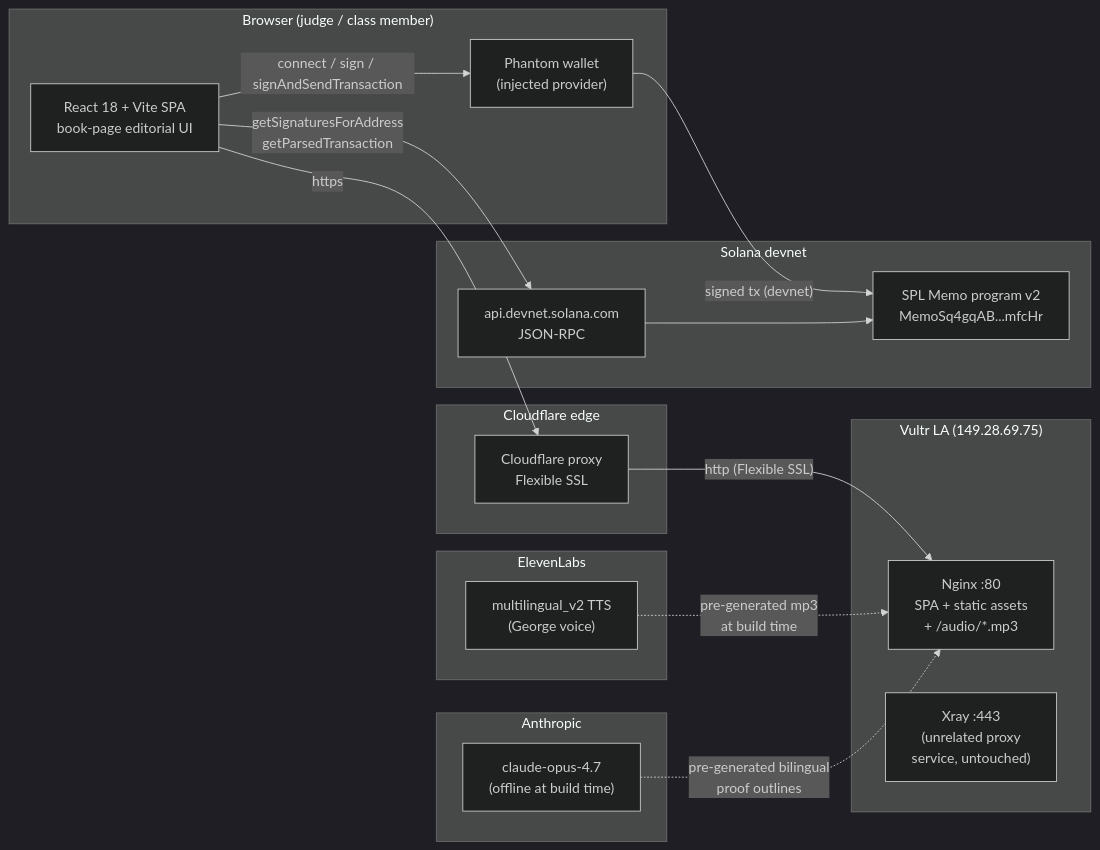
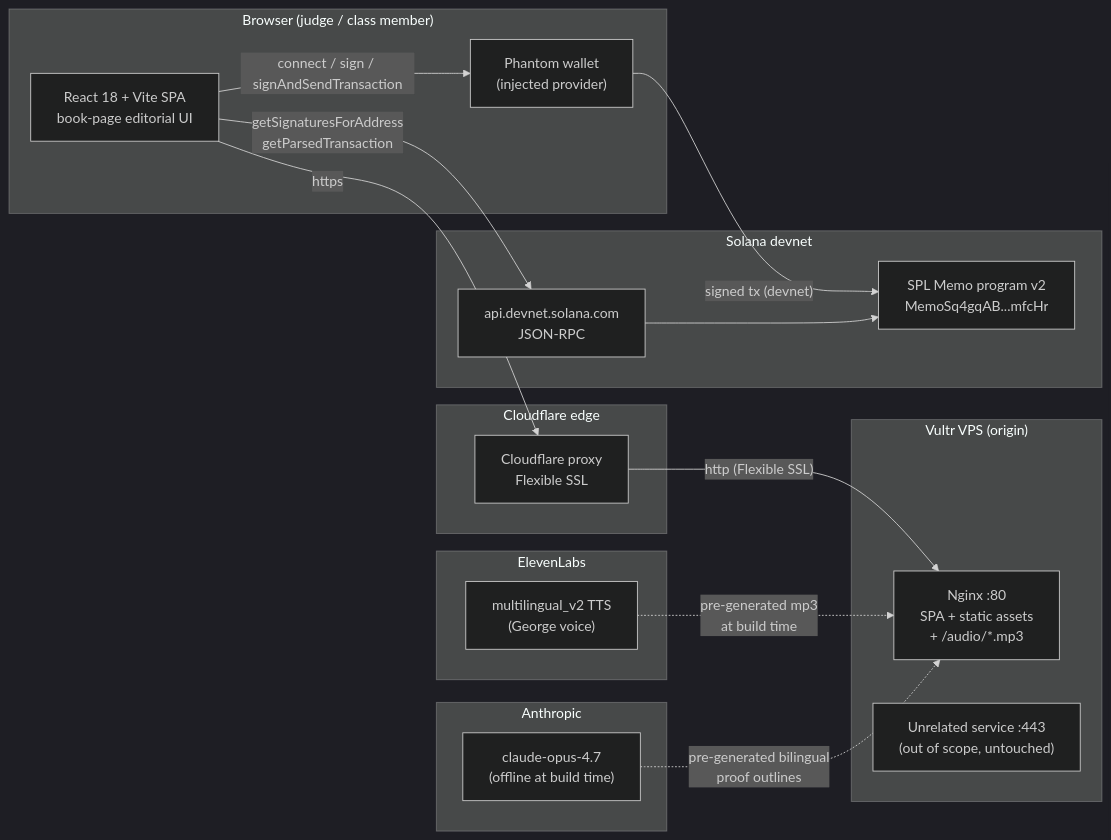
Before and after one commit to jsfjsf20070513-a11y/raccord: the diagram in README.md, drawn with Mermaid (dark theme). The commit also changed other lines of this file, not shown here.

Commit message:
docs(security): 从 README 移除源站 IP 与 443 端口服务细节
架构图与部署说明改为通用表述,不再暴露可绕过 Cloudflare 的源站直连信息。

````diff
--- a/README.md
+++ b/README.md
@@ -58,39 +58,39 @@
 ```mermaid
 flowchart LR
     subgraph Browser["Browser (judge / class member)"]
         UI["React 18 + Vite SPA<br/>book-page editorial UI"]
         Phantom["Phantom wallet<br/>(injected provider)"]
     end
 
     subgraph CFEdge["Cloudflare edge"]
         CF["Cloudflare proxy<br/>Flexible SSL"]
     end
 
-    subgraph VPS["Vultr LA (149.28.69.75)"]
+    subgraph VPS["Vultr VPS (origin)"]
         Nginx["Nginx :80<br/>SPA + static assets<br/>+ /audio/*.mp3"]
-        Xray["Xray :443<br/>(unrelated proxy<br/>service, untouched)"]
+        Other["Unrelated service :443<br/>(out of scope, untouched)"]
     end
 
     subgraph Solana["Solana devnet"]
         RPC["api.devnet.solana.com<br/>JSON-RPC"]
         Memo["SPL Memo program v2<br/>MemoSq4gqAB...mfcHr"]
     end
 
     subgraph EL["ElevenLabs"]
         TTS["multilingual_v2 TTS<br/>(George voice)"]
     end
 
     subgraph Anthropic["Anthropic"]
         Claude["claude-opus-4.7<br/>(offline at build time)"]
     end
 
     UI -->|"https"| CF
     CF -->|"http (Flexible SSL)"| Nginx
     UI -->|"connect / sign / signAndSendTransaction"| Phantom
     Phantom -->|"signed tx (devnet)"| Memo
     UI -->|"getSignaturesForAddress<br/>getParsedTransaction"| RPC
     RPC --> Memo
 
     TTS -.->|"pre-generated mp3<br/>at build time"| Nginx
     Claude -.->|"pre-generated bilingual<br/>proof outlines"| Nginx
 ```
````
